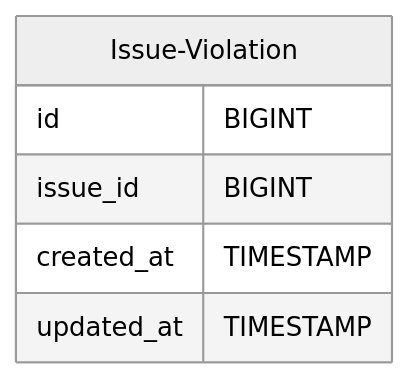
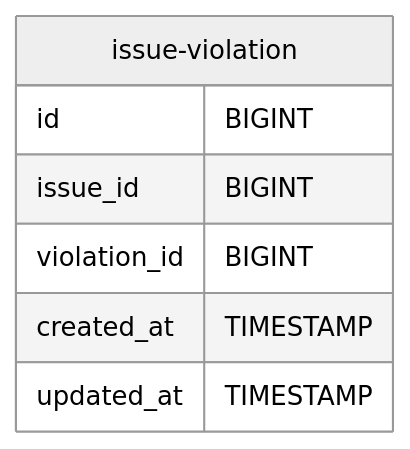
Before and after one commit to codeitlikemiley/arta-ecms-docs: diagram 14 of 41 in infrastructure/db-schema.mdx, drawn with Mermaid (neutral theme). The commit also changed other lines of this file and 34 other files, not shown here.

````diff
--- a/infrastructure/db-schema.mdx
+++ b/infrastructure/db-schema.mdx
@@ -328,9 +565,10 @@
-```mermaid
-erDiagram
-     Issue-Violation {
-        id BIGINT
-        issue_id BIGINT
-        created_at TIMESTAMP
-        updated_at TIMESTAMP
-    }
-```
+      ```mermaid
+      erDiagram
+          issue-violation {
+              id BIGINT
+              issue_id BIGINT
+              violation_id BIGINT
+              created_at TIMESTAMP
+              updated_at TIMESTAMP
+          }
+      ```
````
